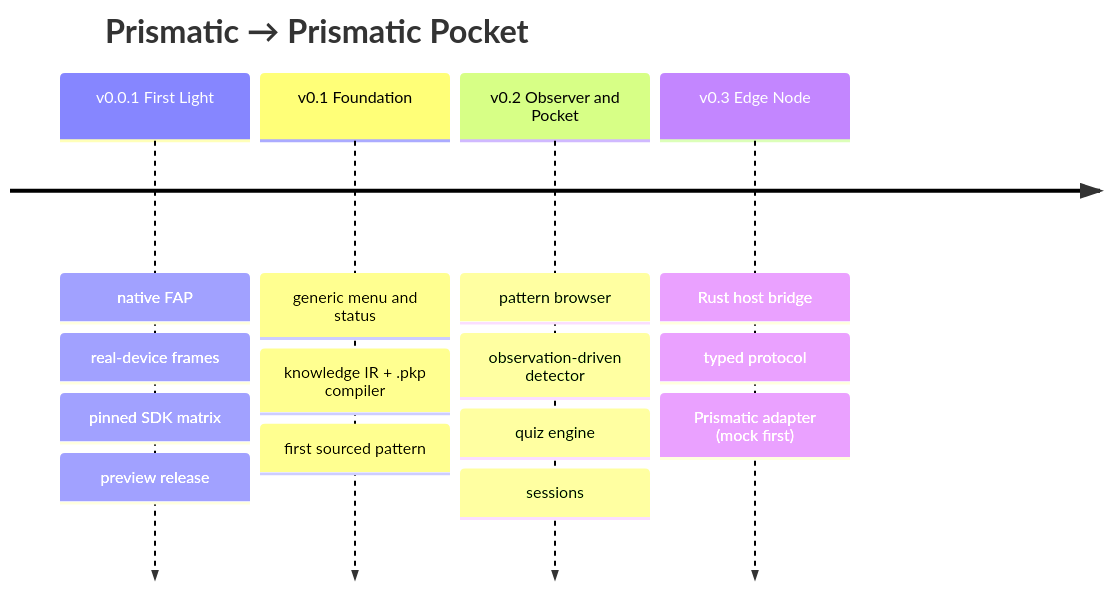
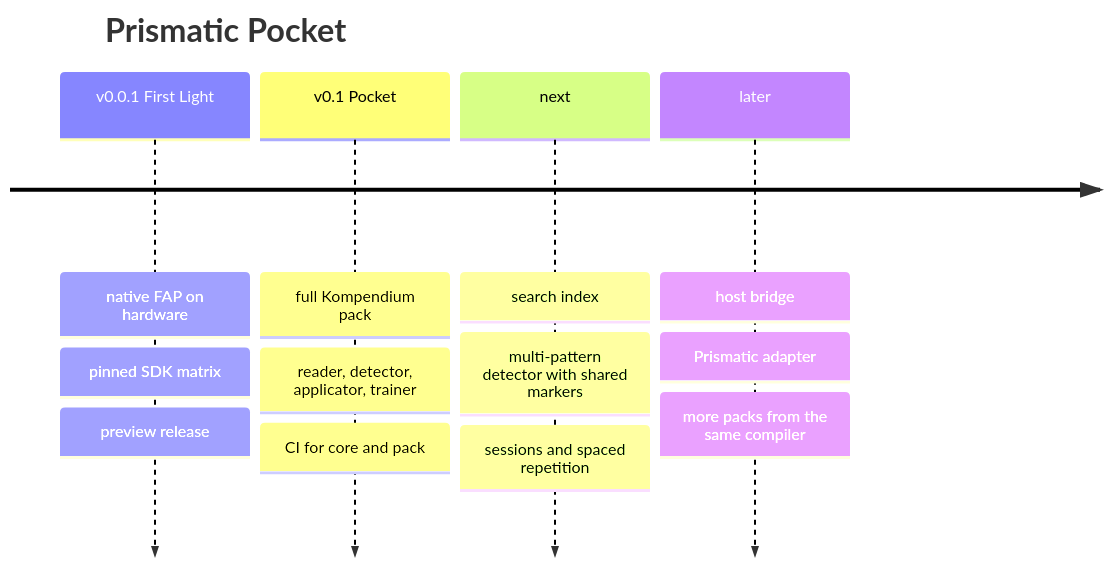
Before and after one commit to korczis/prismatic-flipperzero: the second of 2 diagrams in README.md, drawn with Mermaid. The commit also changed other lines of this file and 32 other files, not shown here.

First line of the commit message:
docs(pocket): prose README, case study, architecture, real device gallery

````diff
--- a/README.md
+++ b/README.md
@@ -122,8 +253,8 @@
 ```mermaid
 timeline
-  title Prismatic → Prismatic Pocket
-  v0.0.1 First Light : native FAP : real-device frames : pinned SDK matrix : preview release
-  v0.1 Foundation : generic menu and status : knowledge IR + .pkp compiler : first sourced pattern
-  v0.2 Observer and Pocket : pattern browser : observation-driven detector : quiz engine : sessions
-  v0.3 Edge Node : Rust host bridge : typed protocol : Prismatic adapter (mock first)
+  title Prismatic Pocket
+  v0.0.1 First Light : native FAP on hardware : pinned SDK matrix : preview release
+  v0.1 Pocket : full Kompendium pack : reader, detector, applicator, trainer : CI for core and pack
+  next : search index : multi-pattern detector with shared markers : sessions and spaced repetition
+  later : host bridge : Prismatic adapter : more packs from the same compiler
 ```
````
